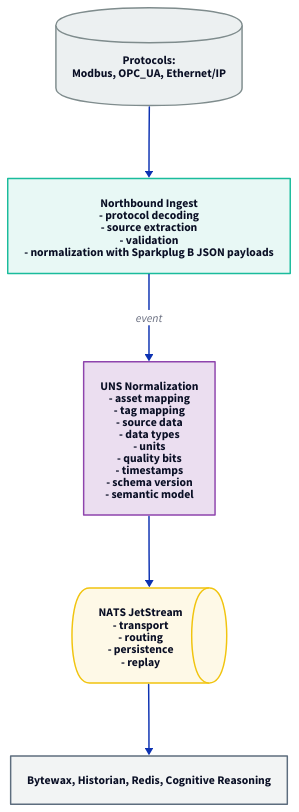
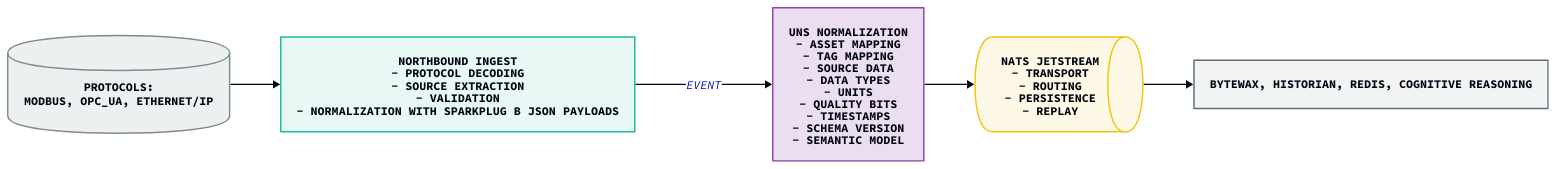
The diagram in RFC/diagrams/NATS-Data-Flow.d2 (ARMummert/oversight-docs), drawn with D2 before and after one commit. The commit also changed 2 other files, not shown here.

```diff
--- a/RFC/diagrams/NATS-Data-Flow.d2
+++ b/RFC/diagrams/NATS-Data-Flow.d2
@@ -1,64 +1,72 @@
-direction: down
+vars: {
+  d2-config: {
+    theme-id: 300
+    layout-engine: elk
+  }
+}
+
+
+direction: right
 
 protocols: Field Protocols {
   shape: cylinder
   label: "Protocols:\nModbus, OPC_UA, Ethernet/IP"
   style: {
     fill: "#ecf0f1"
     stroke: "#7f8c8d"
   }
 }
 
 northbound_ingest: Northbound Ingest {
   shape: rectangle
   label: "Northbound Ingest\n- protocol decoding\n- source extraction\n- validation\n- normalization with Sparkplug B JSON payloads"
   style: {
     fill: "#e8f8f5"
     stroke: "#1abc9c"
     stroke-width: 2
   }
 }
 
 uns_normalization: UNS Normalization {
   shape: rectangle
   label: "UNS Normalization\n- asset mapping\n- tag mapping\n- source data\n- data types\n- units\n- quality bits\n- timestamps\n- schema version\n- semantic model"
   style: {
     fill: "#ebdef0"
     stroke: "#8e44ad"
   }
 }
 
 nats_jetstream: NATS JetStream {
   shape: queue
   label: "NATS JetStream\n- transport\n- routing\n- persistence\n- replay"
   style: {
     fill: "#fef9e7"
     stroke: "#f1c40f"
   }
 }
 
 downstream: Downstream Consumers {
   shape: rectangle
   label: "Bytewax, Historian, Redis, Cognitive Reasoning"
   style: {
     fill: "#f2f4f4"
     stroke: "#5d6d7e"
   }
 }
 
 protocols -> northbound_ingest {
   style: { stroke-width: 2 }
 }
 
 northbound_ingest -> uns_normalization {
   label: "event"
   style: { stroke-width: 2 }
 }
 
 uns_normalization -> nats_jetstream {
   style: { stroke-width: 2 }
 }
 
 nats_jetstream -> downstream {
   style: { stroke-width: 2 }
 }
```
